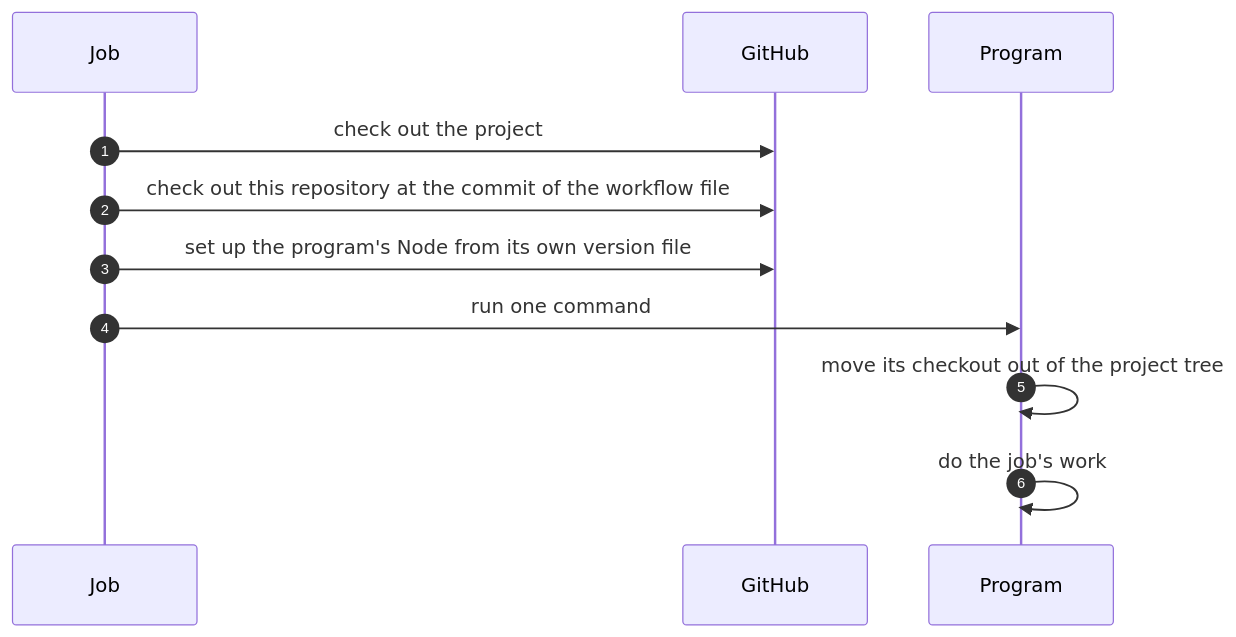
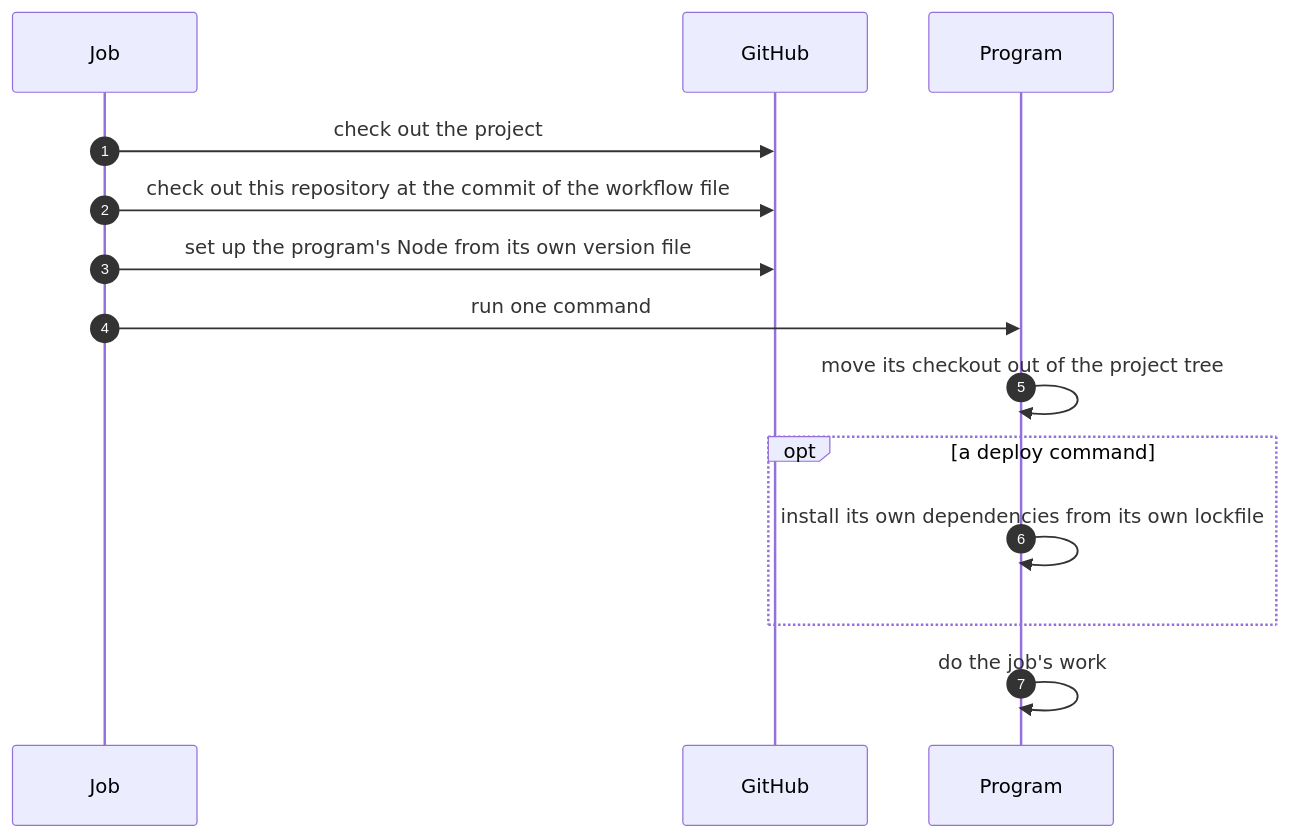
Before and after one commit to NextNodeSolutions/infrastructure: the second of 5 diagrams in docs/architecture.md, drawn with Mermaid. The commit also changed other lines of this file and 99 other files, not shown here.

````diff
--- a/docs/architecture.md
+++ b/docs/architecture.md
@@ -33,13 +34,16 @@
 ```mermaid
 sequenceDiagram
     autonumber
     participant J as Job
     participant G as GitHub
     participant P as Program
     J->>G: check out the project
     J->>G: check out this repository at the commit of the workflow file
     J->>G: set up the program's Node from its own version file
     J->>P: run one command
     P->>P: move its checkout out of the project tree
+    opt a deploy command
+        P->>P: install its own dependencies from its own lockfile
+    end
     P->>P: do the job's work
 ```
````
